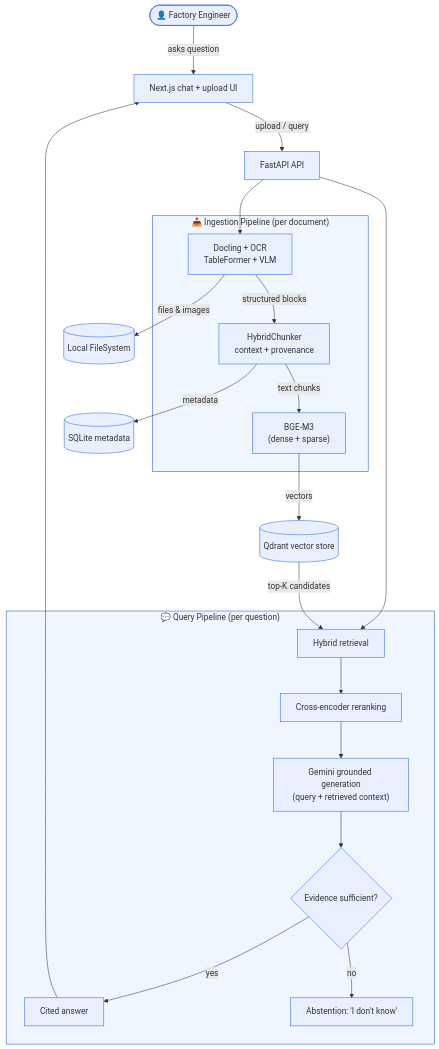
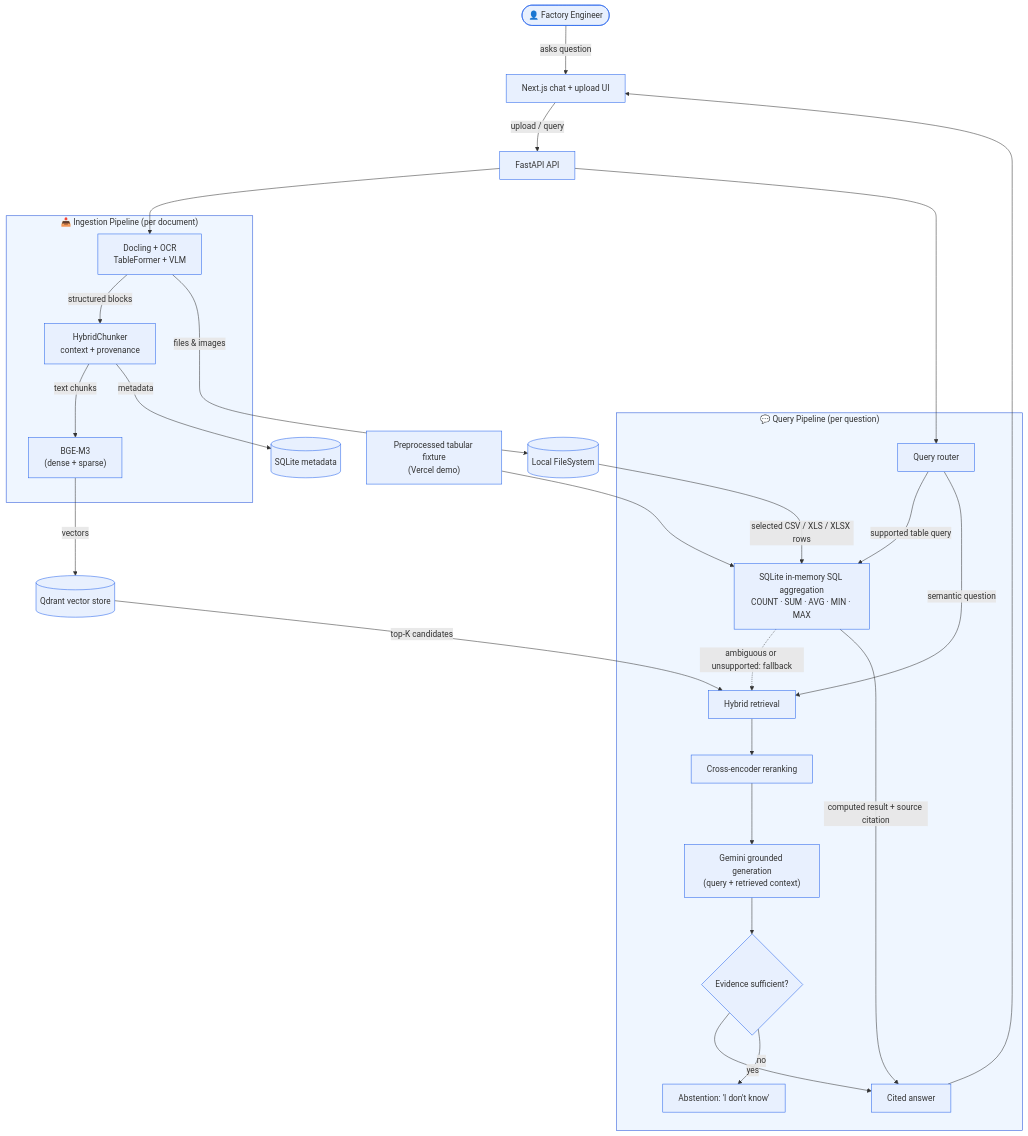
Before and after one commit to CuongMe/FORGE-Denso-Hackathon-Team-UNICORN-BUV-Deprecated: the diagram in README.md, drawn with Mermaid. The commit also changed other lines of this file and 5 other files, not shown here.

Commit message:
feat: polish demo source and raw views

````diff
--- a/README.md
+++ b/README.md
@@ -70,47 +68,55 @@
 ```mermaid
 %%{init: {'themeVariables': {'fontSize': '16px', 'fontFamily': 'Trebuchet MS, Verdana, Arial, sans-serif'}, 'flowchart': {'nodeSpacing': 50, 'rankSpacing': 70}}}%%
 flowchart TB
     USER(["👤 Factory Engineer"])
     UI["Next.js chat + upload UI"]
     API["FastAPI API"]
 
     USER -->|asks question| UI
     UI -->|upload / query| API
 
     subgraph INGESTION["📥 Ingestion Pipeline (per document)"]
         PARSE["Docling + OCR<br/>TableFormer + VLM"]
         CHUNK["HybridChunker<br/>context + provenance"]
         EMBED["BGE-M3<br/>(dense + sparse)"]
         PARSE -->|structured blocks| CHUNK
         CHUNK -->|text chunks| EMBED
     end
 
     subgraph QUERY["💬 Query Pipeline (per question)"]
+        ROUTER["Query router"]
+        AGGREGATE["SQLite in-memory SQL aggregation<br/>COUNT · SUM · AVG · MIN · MAX"]
         RETRIEVE["Hybrid retrieval"]
         RERANK["Cross-encoder reranking"]
         GEMINI["Gemini grounded generation<br/>(query + retrieved context)"]
         CHECK{"Evidence sufficient?"}
         ANSWER["Cited answer"]
         ABSTAIN["Abstention: 'I don't know'"]
 
+        ROUTER -->|supported table query| AGGREGATE
+        ROUTER -->|semantic question| RETRIEVE
+        AGGREGATE -.->|ambiguous or unsupported: fallback| RETRIEVE
         RETRIEVE --> RERANK --> GEMINI --> CHECK
         CHECK -->|yes| ANSWER
         CHECK -->|no| ABSTAIN
     end
 
     API --> PARSE
-    API --> RETRIEVE
+    API --> ROUTER
 
     EMBED -->|vectors| QDRANT[("Qdrant vector store")]
     CHUNK -->|metadata| SQLITE[("SQLite metadata")]
     PARSE -->|files & images| FILES[("Local FileSystem")]
 
+    FILES -->|selected CSV / XLS / XLSX rows| AGGREGATE
+    DEMO_TABLE["Preprocessed tabular fixture<br/>(Vercel demo)"] --> AGGREGATE
     QDRANT -->|top-K candidates| RETRIEVE
+    AGGREGATE -->|computed result + source citation| ANSWER
     ANSWER --> UI
 
     classDef node fill:#E8F0FE,stroke:#2563EB,color:#333333
-    class USER,UI,API,PARSE,CHUNK,EMBED,RETRIEVE,RERANK,GEMINI,CHECK,ANSWER,ABSTAIN,QDRANT,SQLITE,FILES node
+    class USER,UI,API,PARSE,CHUNK,EMBED,ROUTER,AGGREGATE,RETRIEVE,RERANK,GEMINI,CHECK,ANSWER,ABSTAIN,QDRANT,SQLITE,FILES,DEMO_TABLE node
     style INGESTION fill:#EFF6FF,stroke:#1D4ED8,color:#333333
     style QUERY fill:#EFF6FF,stroke:#1D4ED8,color:#333333
     linkStyle default stroke:#333333,stroke-width:1px
 ```
````
